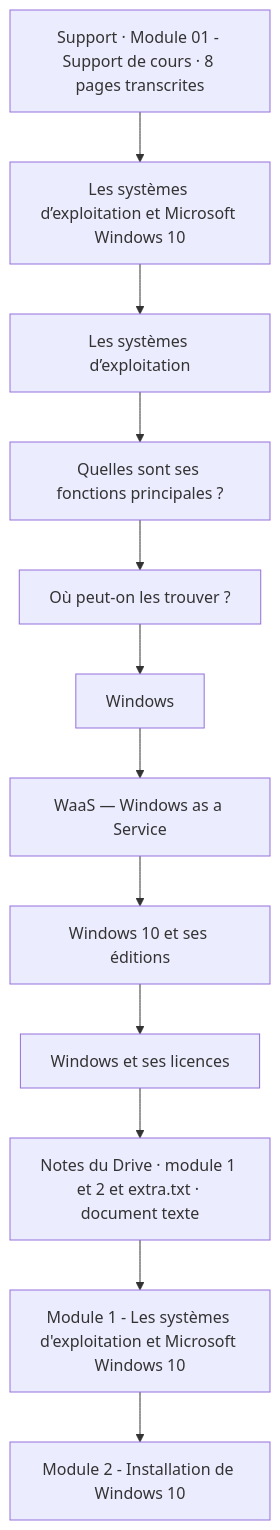
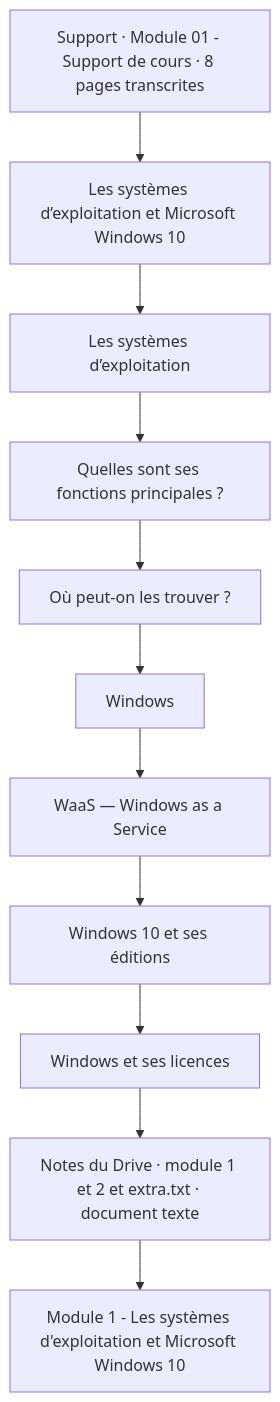
Before and after one commit to sk34pk25/tssr-cours: the first of 5 diagrams in docs/modules/02-systemes-clients-microsoft/module-01-les-systemes-d-exploitation-et-microsoft-windows-10.md, drawn with Mermaid. The commit also changed other lines of this file and 12 other files, not shown here.

````diff
--- a/docs/modules/02-systemes-clients-microsoft/module-01-les-systemes-d-exploitation-et-microsoft-windows-10.md
+++ b/docs/modules/02-systemes-clients-microsoft/module-01-les-systemes-d-exploitation-et-microsoft-windows-10.md
@@ -93,26 +89,24 @@
 ```mermaid
 flowchart TD
     N1["Support · Module 01 - Support de cours · 8 pages transcrites"]
     N2["Les systèmes d’exploitation et Microsoft Windows 10"]
     N3["Les systèmes d’exploitation"]
     N4["Quelles sont ses fonctions principales ?"]
     N5["Où peut-on les trouver ?"]
     N6["Windows"]
     N7["WaaS — Windows as a Service"]
     N8["Windows 10 et ses éditions"]
     N9["Windows et ses licences"]
     N10["Notes du Drive · module 1 et 2 et extra.txt · document texte"]
     N11["Module 1 - Les systèmes d'exploitation et Microsoft Windows 10"]
-    N12["Module 2 - Installation de Windows 10"]
     N1 --> N2
     N2 --> N3
     N3 --> N4
     N4 --> N5
     N5 --> N6
     N6 --> N7
     N7 --> N8
     N8 --> N9
     N9 --> N10
     N10 --> N11
-    N11 --> N12
 ```
````
